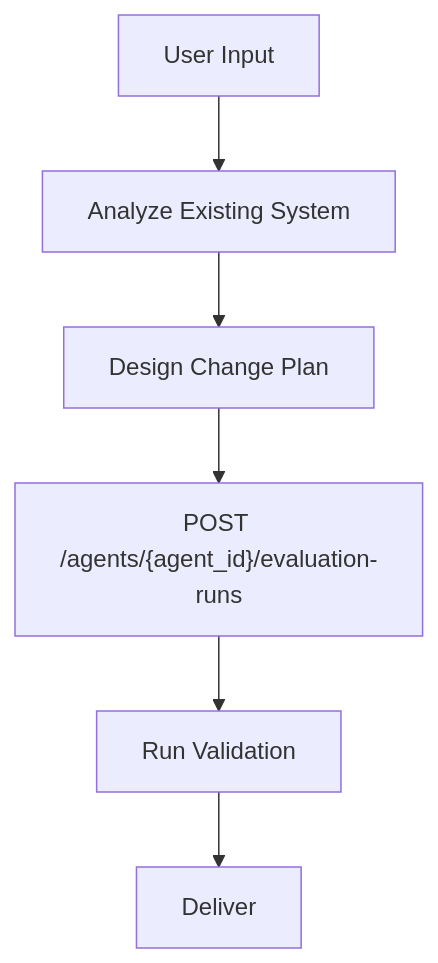
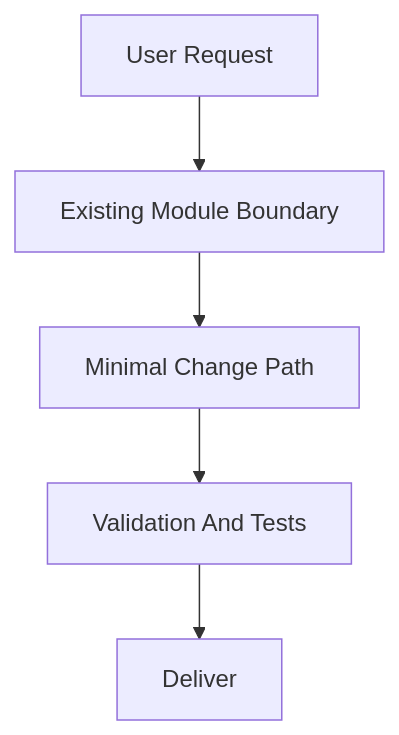
One commit to zata-zhangtao/zata-codes-template changed the first of 2 diagrams in skills/prd/templates/prd-visual-template.md. Above: the diagram before and after it, drawn with Mermaid. The commit also changed other lines of this file and 2 other files, not shown here.

First line of the commit message:
docs: update PRD standard to architecture-first approach

````diff
--- a/skills/prd/templates/prd-visual-template.md
+++ b/skills/prd/templates/prd-visual-template.md
@@ -32,8 +66,7 @@
 ```mermaid
 flowchart TD
-    USER[User Input] --> ANALYZE[Analyze Existing System]
-    ANALYZE --> DESIGN[Design Change Plan]
-    DESIGN --> IMPLEMENT["POST /agents/{agent_id}/evaluation-runs"]
-    IMPLEMENT --> VALIDATE[Run Validation]
+    USER[User Request] --> EXISTING[Existing Module Boundary]
+    EXISTING --> CHANGE[Minimal Change Path]
+    CHANGE --> VALIDATE[Validation And Tests]
     VALIDATE --> OUTPUT[Deliver]
 ```
````
